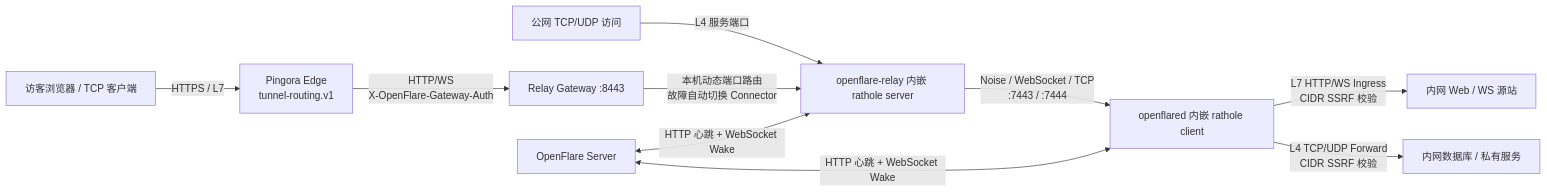
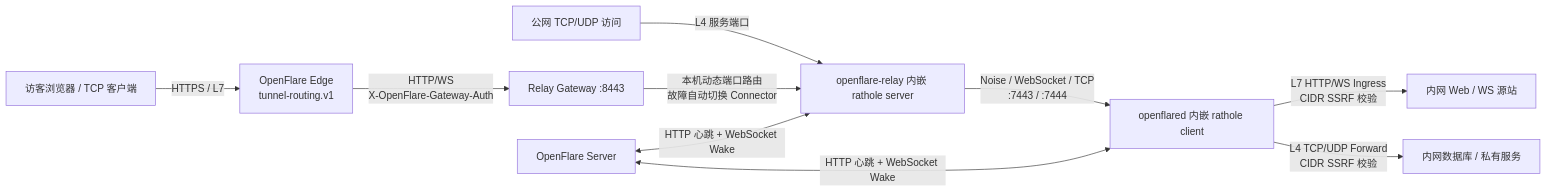
Before and after one commit to Rain-kl/OpenFlare: the diagram in docs/design/tunnel-design.md, drawn with Mermaid. The commit also changed other lines of this file and 85 other files, not shown here.

````diff
--- a/docs/design/tunnel-design.md
+++ b/docs/design/tunnel-design.md
@@ -38,12 +38,12 @@
 ```mermaid
 graph LR
-    Client[访客浏览器 / TCP 客户端] -->|HTTPS / L7| Edge[Pingora Edge<br/>tunnel-routing.v1]
+    Client[访客浏览器 / TCP 客户端] -->|HTTPS / L7| Edge[OpenFlare Edge<br/>tunnel-routing.v1]
     Edge -->|HTTP/WS<br/>X-OpenFlare-Gateway-Auth| Gateway[Relay Gateway :8443]
     L4Client[公网 TCP/UDP 访问] -->|L4 服务端口| RatholeSrv[openflare-relay 内嵌 rathole server]
     Gateway -->|本机动态端口路由<br/>故障自动切换 Connector| RatholeSrv
     RatholeSrv -->|Noise / WebSocket / TCP<br/>:7443 / :7444| RatholeCli[openflared 内嵌 rathole client]
     RatholeCli -->|L7 HTTP/WS Ingress<br/>CIDR SSRF 校验| OriginL7[内网 Web / WS 源站]
     RatholeCli -->|L4 TCP/UDP Forward<br/>CIDR SSRF 校验| OriginL4[内网数据库 / 私有服务]
     Server[OpenFlare Server] <-->|HTTP 心跳 + WebSocket Wake| RatholeSrv
     Server <-->|HTTP 心跳 + WebSocket Wake| RatholeCli
 ```
````
